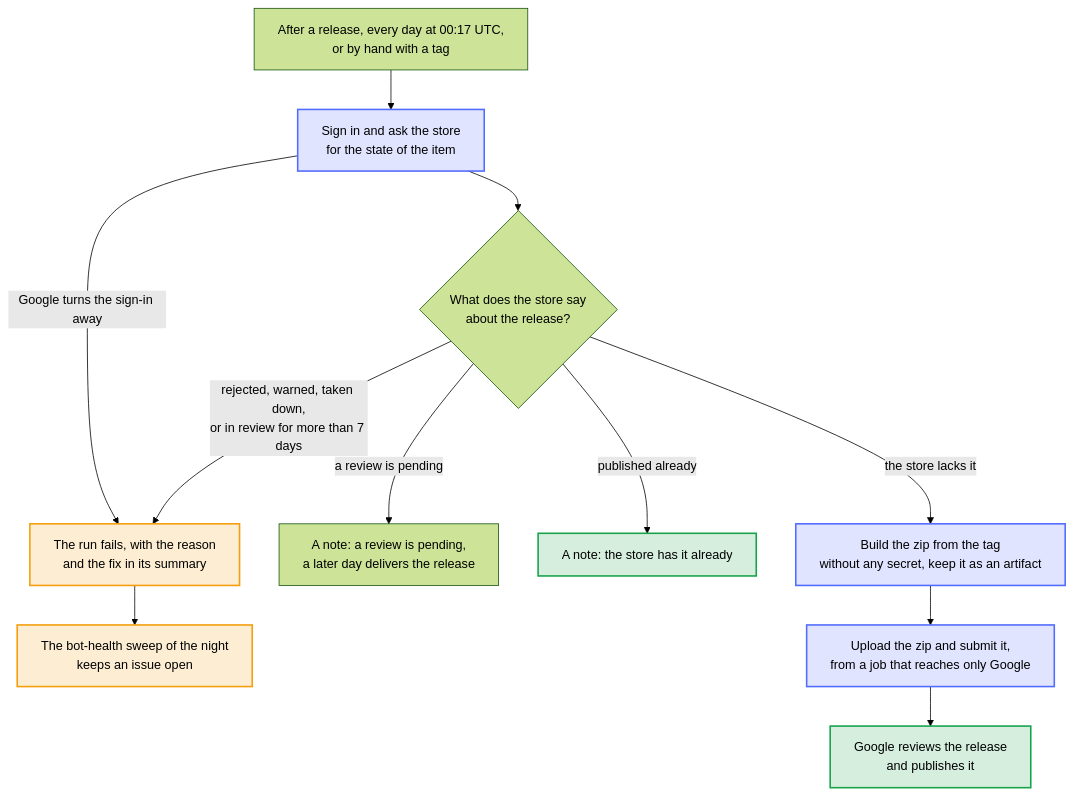
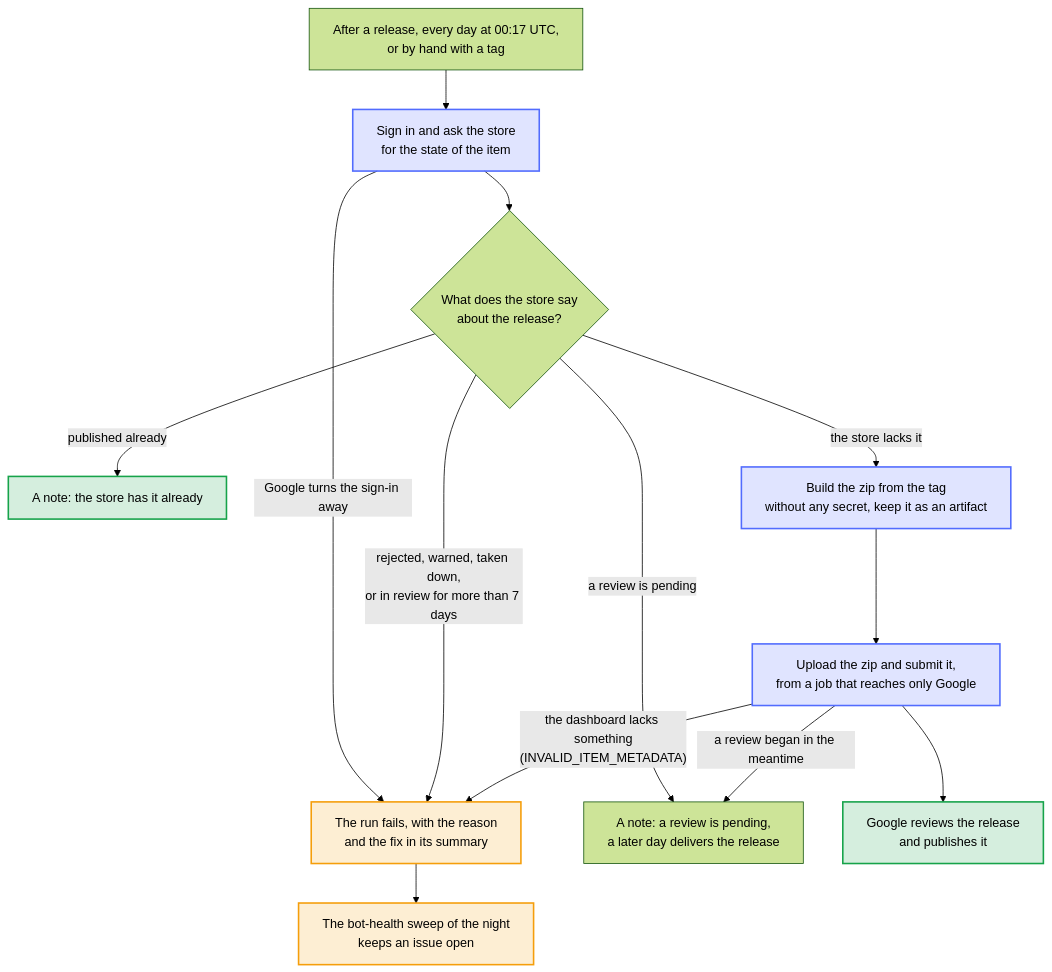
One commit to Dennis-Otto/player-switch-for-autodarts changed the diagram in docs/diagrams/store-delivery.mmd. Above: the diagram before and after it, drawn with Mermaid (forest theme). The commit also changed 13 other files, not shown here.

First line of the commit message:
fix: the store run explains INVALID_ITEM_METADATA and a version that is already in review

```diff
--- a/docs/diagrams/store-delivery.mmd
+++ b/docs/diagrams/store-delivery.mmd
@@ -1,34 +1,36 @@
 ---
 config:
   flowchart:
     wrappingWidth: 400
 ---
 flowchart TB
     accTitle: How a release reaches the Chrome Web Store
-    accDescr: After every release, every day at 00:17 UTC and when started by hand with a tag, the workflow signs in to the Chrome Web Store and asks for the state of the item. A sign-in that Google turns away, a rejected release, a warning, a takedown or a review of more than 7 days fail the run, with the reason and the fix in its summary, and the bot-health sweep of the night keeps an issue open. While a review is pending, the run ends with a note, and a later day delivers the release. When the store has the release already, nothing happens. Otherwise a job without any secret builds the zip from the tag and keeps it as an artifact, and a job that reaches only Google uploads it and submits it for review.
+    accDescr: After every release, every day at 00:17 UTC and when started by hand with a tag, the workflow signs in to the Chrome Web Store and asks for the state of the item. A sign-in that Google turns away, a rejected release, a warning, a takedown or a review of more than 7 days fail the run, with the reason and the fix in its summary, and the bot-health sweep of the night keeps an issue open. While a review is pending, the run ends with a note, and a later day delivers the release. When the store has the release already, nothing happens. Otherwise a job without any secret builds the zip from the tag and keeps it as an artifact, and a job that reaches only Google uploads it and submits it for review. When the store refuses the submission because the Developer Dashboard lacks something that the version needs, the run fails as well, and names what the release asks for beyond the version of the store. When a review began in the meantime, the run ends with the same note as for a pending review.
 
     start["After a release, every day at 00:17 UTC,<br>or by hand with a tag"]
     ask["Sign in and ask the store<br>for the state of the item"]
     decide{"What does the store say<br>about the release?"}
     fail["The run fails, with the reason<br>and the fix in its summary"]
     issue["The bot-health sweep of the night<br>keeps an issue open"]
     wait["A note: a review is pending,<br>a later day delivers the release"]
     has["A note: the store has it already"]
     package["Build the zip from the tag<br>without any secret, keep it as an artifact"]
     store["Upload the zip and submit it,<br>from a job that reaches only Google"]
     review["Google reviews the release<br>and publishes it"]
 
     start --> ask --> decide
     ask -- "Google turns the sign-in away" --> fail
     decide -- "rejected, warned, taken down,<br>or in review for more than 7 days" --> fail
     decide -- "a review is pending" --> wait
     decide -- "published already" --> has
     decide -- "the store lacks it" --> package --> store --> review
+    store -- "the dashboard lacks something<br>(INVALID_ITEM_METADATA)" --> fail
+    store -- "a review began in the meantime" --> wait
     fail --> issue
 
     classDef bot fill:#526cfe2e,stroke:#526cfe,stroke-width:2px
     classDef done fill:#16a34a2e,stroke:#16a34a,stroke-width:2px
     classDef person fill:#f59e0b2e,stroke:#f59e0b,stroke-width:2px
     class ask,package,store bot
     class has,review done
     class fail,issue person
```
